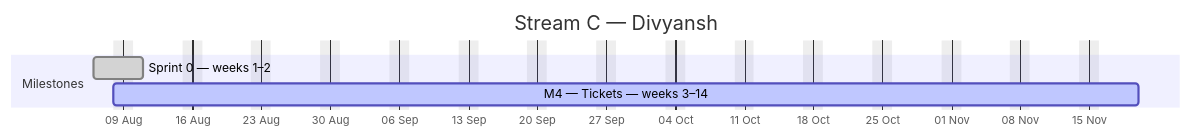
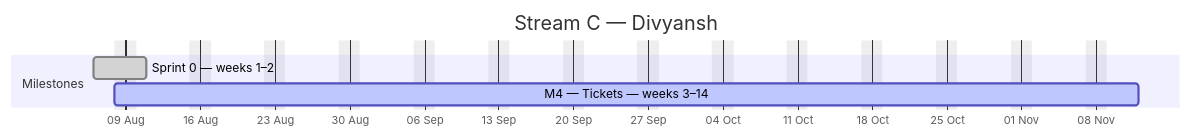
The third of 4 diagrams in docs/plan/GANTT.md (debashisedunext/EduTrack), drawn with Mermaid before and after one commit. The commit also changed other lines of this file and 4 other files, not shown here.

````diff
--- a/docs/plan/GANTT.md
+++ b/docs/plan/GANTT.md
@@ -154,10 +147,10 @@
 ```mermaid
 gantt
     dateFormat YYYY-MM-DD
     axisFormat %d %b
     title Stream C — Divyansh
     excludes weekends
     section Milestones
     Sprint 0 — weeks 1–2 :done, c0, 2026-08-06, 3d
-    M4 — Tickets — weeks 3–14 :active, c1, 2026-08-08, 75d
+    M4 — Tickets — weeks 3–14 :active, c1, 2026-08-08, 69d
 ```
````
